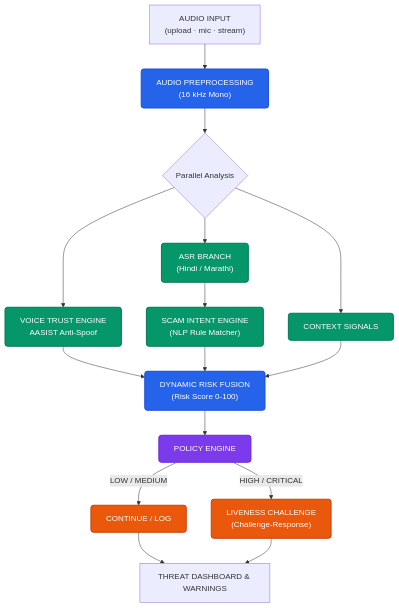
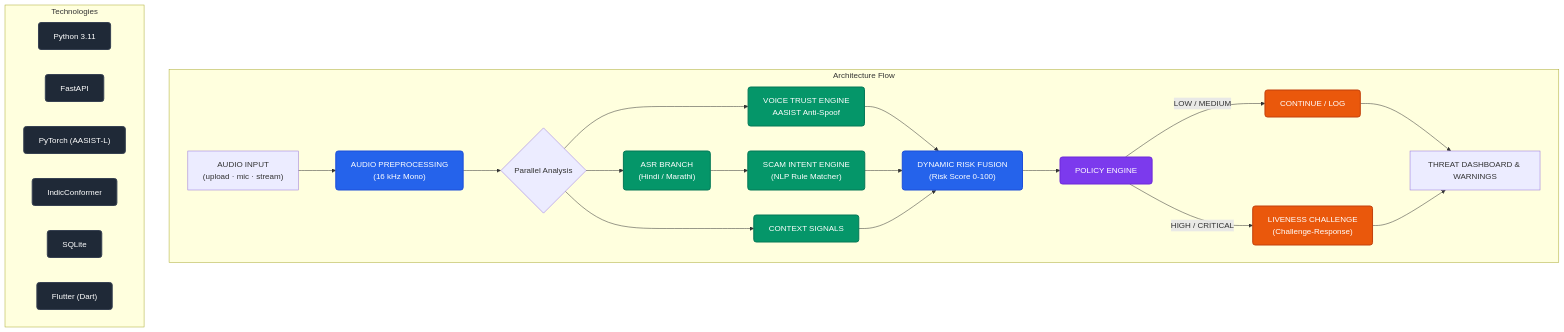
Before and after one commit to phantomgamer378-ship-it/TEAM-TECHMOUNT-: the diagram in README.md, drawn with Mermaid. The commit also changed other lines of this file, not shown here.

Commit message:
Embed Tech Stack into the Mermaid flowchart

````diff
--- a/README.md
+++ b/README.md
@@ -19,34 +19,47 @@
 ```mermaid
 graph TD
     classDef core fill:#2563eb,stroke:#1d4ed8,stroke-width:2px,color:#fff,rx:5px,ry:5px;
     classDef branch fill:#059669,stroke:#047857,stroke-width:2px,color:#fff,rx:5px,ry:5px;
     classDef policy fill:#7c3aed,stroke:#6d28d9,stroke-width:2px,color:#fff,rx:5px,ry:5px;
     classDef action fill:#ea580c,stroke:#c2410c,stroke-width:2px,color:#fff,rx:5px,ry:5px;
+    classDef tech fill:#1f2937,stroke:#374151,stroke-width:2px,color:#fff,rx:5px,ry:5px;
 
-    Audio["AUDIO INPUT<br/>(upload · mic · stream)"] --> Ingest["AUDIO PREPROCESSING<br/>(16 kHz Mono)"]
+    subgraph Architecture Flow
+        Audio["AUDIO INPUT<br/>(upload · mic · stream)"] --> Ingest["AUDIO PREPROCESSING<br/>(16 kHz Mono)"]
+        
+        Ingest --> Split{Parallel Analysis}
+        
+        Split --> VoiceTrust["VOICE TRUST ENGINE<br/>AASIST Anti-Spoof"]
+        Split --> ASR["ASR BRANCH<br/>(Hindi / Marathi)"]
+        Split --> Context["CONTEXT SIGNALS"]
+        
+        ASR --> ScamEngine["SCAM INTENT ENGINE<br/>(NLP Rule Matcher)"]
+        
+        VoiceTrust --> Fusion["DYNAMIC RISK FUSION<br/>(Risk Score 0-100)"]
+        ScamEngine --> Fusion
+        Context --> Fusion
+        
+        Fusion --> Policy["POLICY ENGINE"]
+        
+        Policy -->|LOW / MEDIUM| Continue["CONTINUE / LOG"]
+        Policy -->|HIGH / CRITICAL| Liveness["LIVENESS CHALLENGE<br/>(Challenge-Response)"]
+        
+        Continue --> Dashboard["THREAT DASHBOARD & WARNINGS"]
+        Liveness --> Dashboard
+    end
 
-    Ingest --> Split{Parallel Analysis}
-
-    Split --> VoiceTrust["VOICE TRUST ENGINE<br/>AASIST Anti-Spoof"]
-    Split --> ASR["ASR BRANCH<br/>(Hindi / Marathi)"]
-    Split --> Context["CONTEXT SIGNALS"]
-
-    ASR --> ScamEngine["SCAM INTENT ENGINE<br/>(NLP Rule Matcher)"]
-
-    VoiceTrust --> Fusion["DYNAMIC RISK FUSION<br/>(Risk Score 0-100)"]
-    ScamEngine --> Fusion
-    Context --> Fusion
-
-    Fusion --> Policy["POLICY ENGINE"]
-
-    Policy -->|LOW / MEDIUM| Continue["CONTINUE / LOG"]
-    Policy -->|HIGH / CRITICAL| Liveness["LIVENESS CHALLENGE<br/>(Challenge-Response)"]
-
-    Continue --> Dashboard["THREAT DASHBOARD & WARNINGS"]
-    Liveness --> Dashboard
+    subgraph Technologies
+        T1["Python 3.11"]
+        T2["FastAPI"]
+        T3["PyTorch (AASIST-L)"]
+        T4["IndicConformer"]
+        T5["SQLite"]
+        T6["Flutter (Dart)"]
+    end
 
     class Ingest,Fusion core;
     class VoiceTrust,ASR,Context,ScamEngine branch;
     class Policy policy;
     class Continue,Liveness action;
+    class T1,T2,T3,T4,T5,T6 tech;
 ```
````
